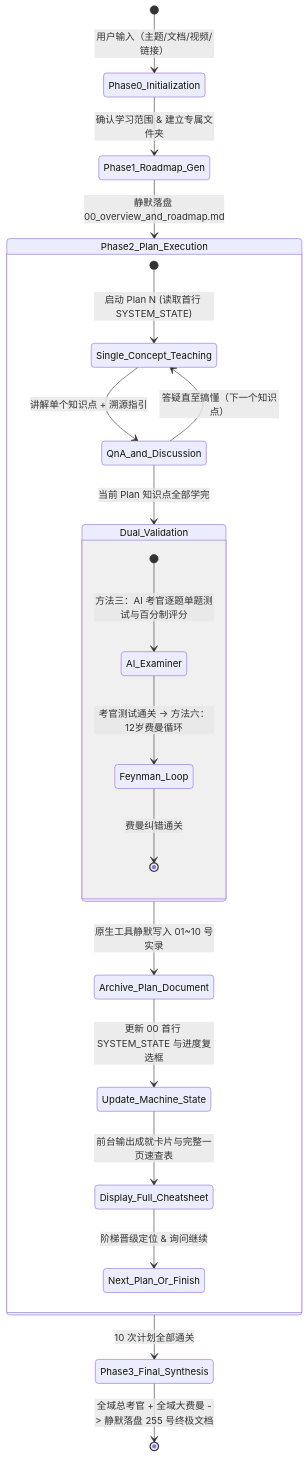
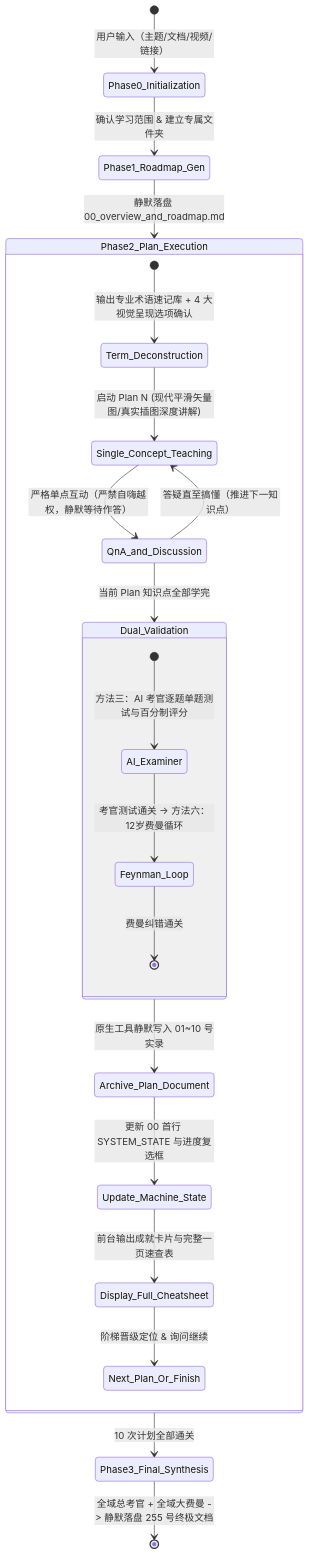
One commit to lowellran/Study_via_AI changed the diagram in README.md. Above: the diagram before and after it, drawn with Mermaid. The commit also changed other lines of this file and 3 other files, not shown here.

Commit message:
feat: release v0.1.3 - 4 visual pedagogy modes, smooth vector graphics, benchmark style guide and strict single-point interactive pace

````diff
--- a/README.md
+++ b/README.md
@@ -86,27 +103,28 @@
 ```mermaid
 stateDiagram-v2
     [*] --> Phase0_Initialization: 用户输入（主题/文档/视频/链接）
     Phase0_Initialization --> Phase1_Roadmap_Gen: 确认学习范围 & 建立专属文件夹
     Phase1_Roadmap_Gen --> Phase2_Plan_Execution: 静默落盘 00_overview_and_roadmap.md
     
     state Phase2_Plan_Execution {
-        [*] --> Single_Concept_Teaching: 启动 Plan N (读取首行 SYSTEM_STATE)
-        Single_Concept_Teaching --> QnA_and_Discussion: 讲解单个知识点 + 溯源指引
-        QnA_and_Discussion --> Single_Concept_Teaching: 答疑直至搞懂（下一个知识点）
+        [*] --> Term_Deconstruction: 输出专业术语速记库 + 4 大视觉呈现选项确认
+        Term_Deconstruction --> Single_Concept_Teaching: 启动 Plan N (现代平滑矢量图/真实插图深度讲解)
+        Single_Concept_Teaching --> QnA_and_Discussion: 严格单点互动（严禁自嗨越权，静默等待作答）
+        QnA_and_Discussion --> Single_Concept_Teaching: 答疑直至搞懂（推进下一知识点）
         QnA_and_Discussion --> Dual_Validation: 当前 Plan 知识点全部学完
         
         state Dual_Validation {
             [*] --> AI_Examiner: 方法三：AI 考官逐题单题测试与百分制评分
             AI_Examiner --> Feynman_Loop: 考官测试通关 -> 方法六：12岁费曼循环
             Feynman_Loop --> [*]: 费曼纠错通关
         }
         
         Dual_Validation --> Archive_Plan_Document: 原生工具静默写入 01~10 号实录
         Archive_Plan_Document --> Update_Machine_State: 更新 00 首行 SYSTEM_STATE 与进度复选框
         Update_Machine_State --> Display_Full_Cheatsheet: 前台输出成就卡片与完整一页速查表
         Display_Full_Cheatsheet --> Next_Plan_Or_Finish: 阶梯晋级定位 & 询问继续
     }
     
     Phase2_Plan_Execution --> Phase3_Final_Synthesis: 10 次计划全部通关
     Phase3_Final_Synthesis --> [*]: 全域总考官 + 全域大费曼 -> 静默落盘 255 号终极文档
 ```
````
